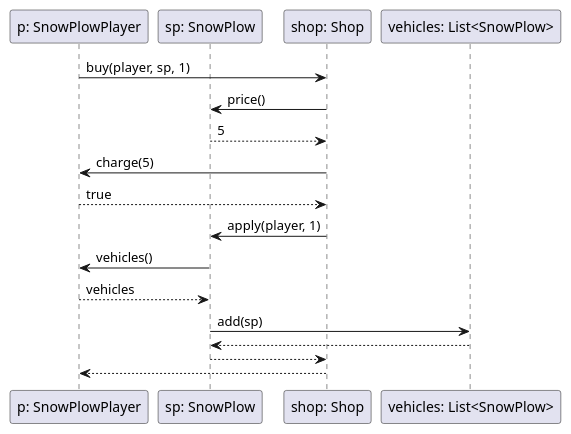
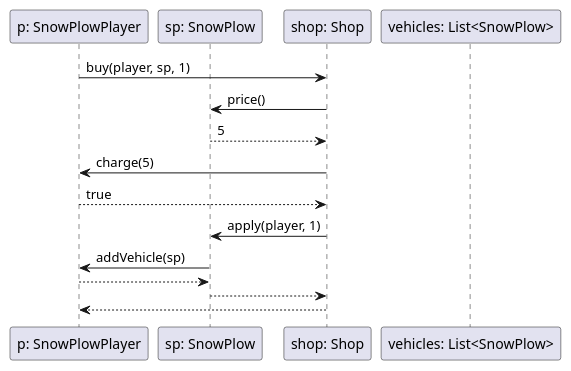
One commit to uhrinandor/spring changed the diagram in docs/analizis1/sequence/shopbuysnowplow.plantuml. Above: the diagram before and after it, drawn with PlantUML. The commit also changed 7 other files, not shown here.

```diff
--- a/docs/analizis1/sequence/shopbuysnowplow.plantuml
+++ b/docs/analizis1/sequence/shopbuysnowplow.plantuml
@@ -1,21 +1,19 @@
 @startuml buyFromShop
 
 participant "p: SnowPlowPlayer" as player
 participant "sp: SnowPlow" as sp
 participant "shop: Shop" as shop
 participant "vehicles: List<SnowPlow>" as vehicleList
 
 player -> shop: buy(player, sp, 1)
 shop -> sp: price()
 sp --> shop: 5
 shop -> player: charge(5)
 player --> shop: true
 shop -> sp: apply(player, 1)
-sp -> player: vehicles()
-player --> sp: vehicles
-sp -> vehicleList: add(sp)
-vehicleList --> sp:
-sp --> shop:
-shop --> player:
+sp -> player: addVehicle(sp)
+player --> sp
+sp --> shop
+shop --> player
 
 @enduml
```
